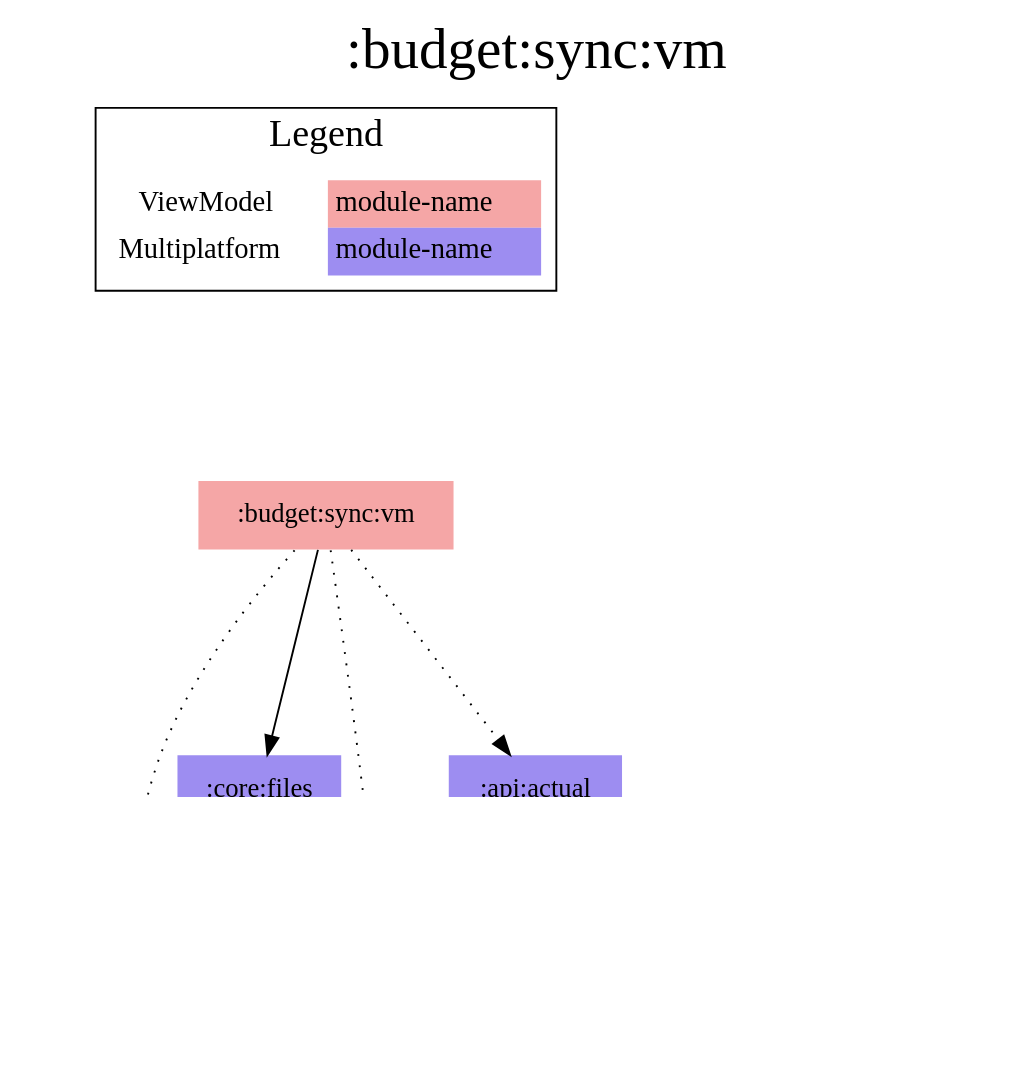
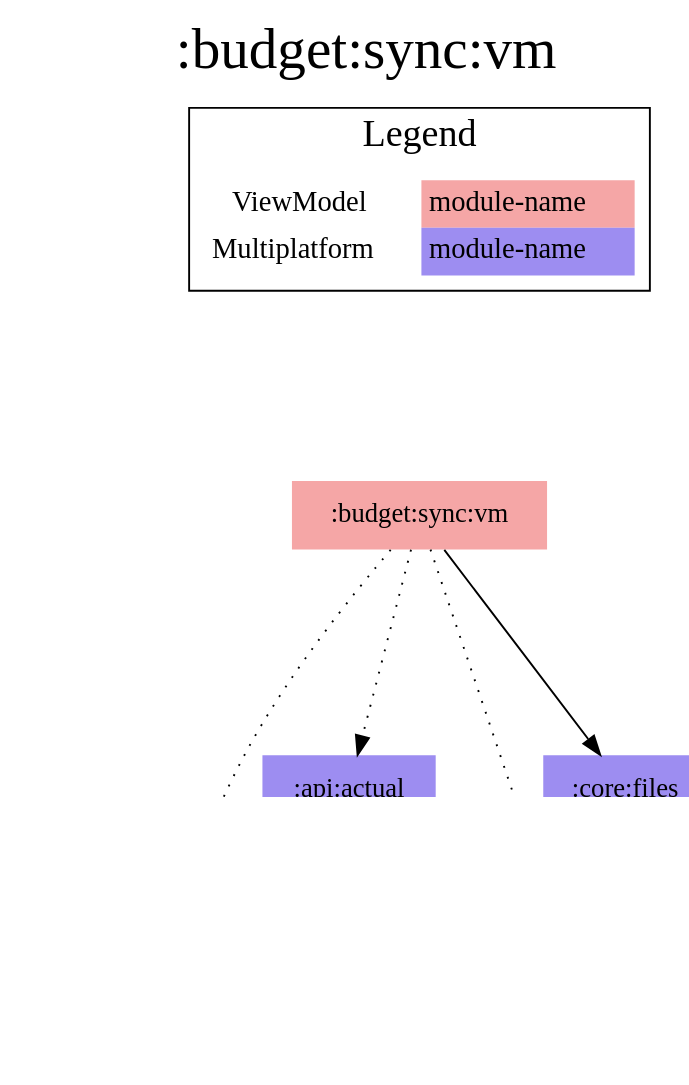
One commit to jonapoul/aktual changed the diagram in modules/budget/sync/vm/project-dependency-graph.dot. Above: the diagram before and after it, drawn with Graphviz. The commit also changed 133 other files, not shown here.

```diff
--- a/modules/budget/sync/vm/project-dependency-graph.dot
+++ b/modules/budget/sync/vm/project-dependency-graph.dot
@@ -1,35 +1,33 @@
 digraph {
 edge ["dir"="forward"]
 graph ["dpi"="100","label"=":budget:sync:vm","labelloc"="t","fontsize"="30","ranksep"="1.5","rankdir"="TB"]
 node ["style"="filled"]
+":account:model" ["fillcolor"="#9D8DF1","shape"="none"]
+":api:actual" ["fillcolor"="#9D8DF1","shape"="none"]
+":budget:model" ["fillcolor"="#9D8DF1","shape"="none"]
 ":budget:sync:vm" ["fillcolor"="#F5A6A6","shape"="none"]
 ":core:files" ["fillcolor"="#9D8DF1","shape"="none"]
-":budget:model" ["fillcolor"="#9D8DF1","shape"="none"]
-":account:model" ["fillcolor"="#9D8DF1","shape"="none"]
-":api:actual" ["fillcolor"="#9D8DF1","shape"="none"]
 ":url:model" ["fillcolor"="#9D8DF1","shape"="none"]
-":codegen:annotation" ["fillcolor"="#9D8DF1","shape"="none"]
 {
 edge ["dir"="none"]
 graph ["rank"="same"]
 }
 ":api:actual" -> ":account:model"
 ":api:actual" -> ":budget:model"
-":api:actual" -> ":codegen:annotation" ["style"="dotted"]
 ":api:actual" -> ":url:model"
 ":budget:sync:vm" -> ":account:model" ["style"="dotted"]
 ":budget:sync:vm" -> ":api:actual" ["style"="dotted"]
 ":budget:sync:vm" -> ":budget:model" ["style"="dotted"]
 ":budget:sync:vm" -> ":core:files"
 ":core:files" -> ":budget:model"
 subgraph "cluster_legend" {
 edge ["dir"="none"]
 graph ["label"="Legend","fontsize"="20"]
 "Legend" ["style"="filled","fillcolor"="#FFFFFF","shape"="none","margin"="0","fontsize"="15","label"=<
 <TABLE BORDER="0" CELLBORDER="0" CELLSPACING="0" CELLPADDING="4">
 <TR><TD>ViewModel</TD><TD BGCOLOR="#F5A6A6">module-name</TD></TR>
 <TR><TD>Multiplatform</TD><TD BGCOLOR="#9D8DF1">module-name</TD></TR>
 </TABLE>
 >]
 } -> ":budget:sync:vm" ["style"="invis"]
 }
```
